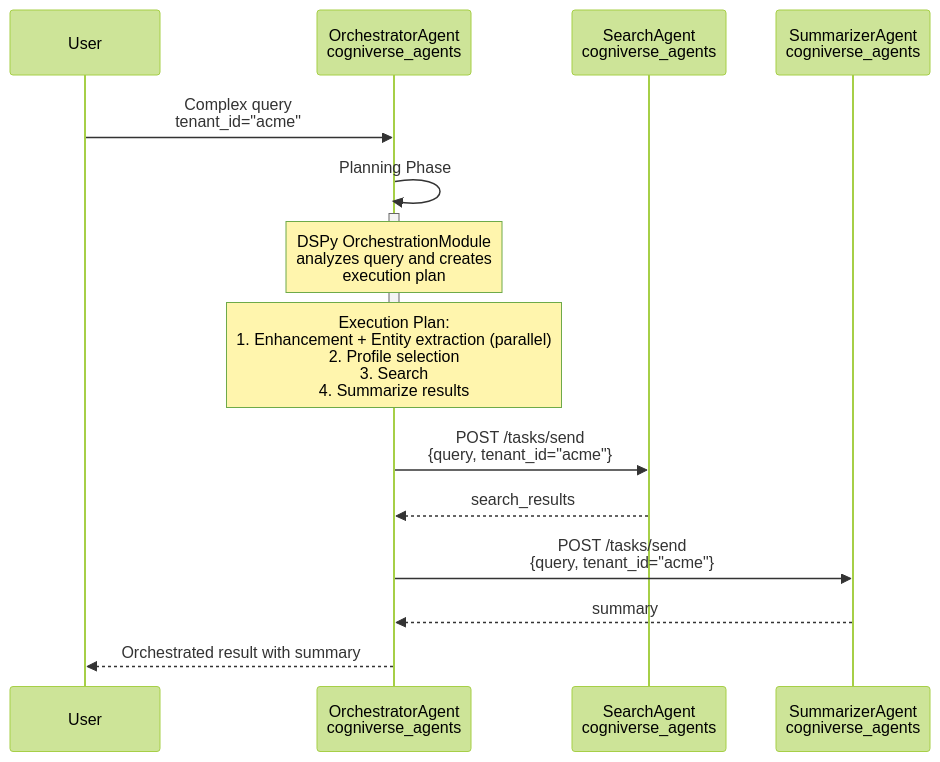
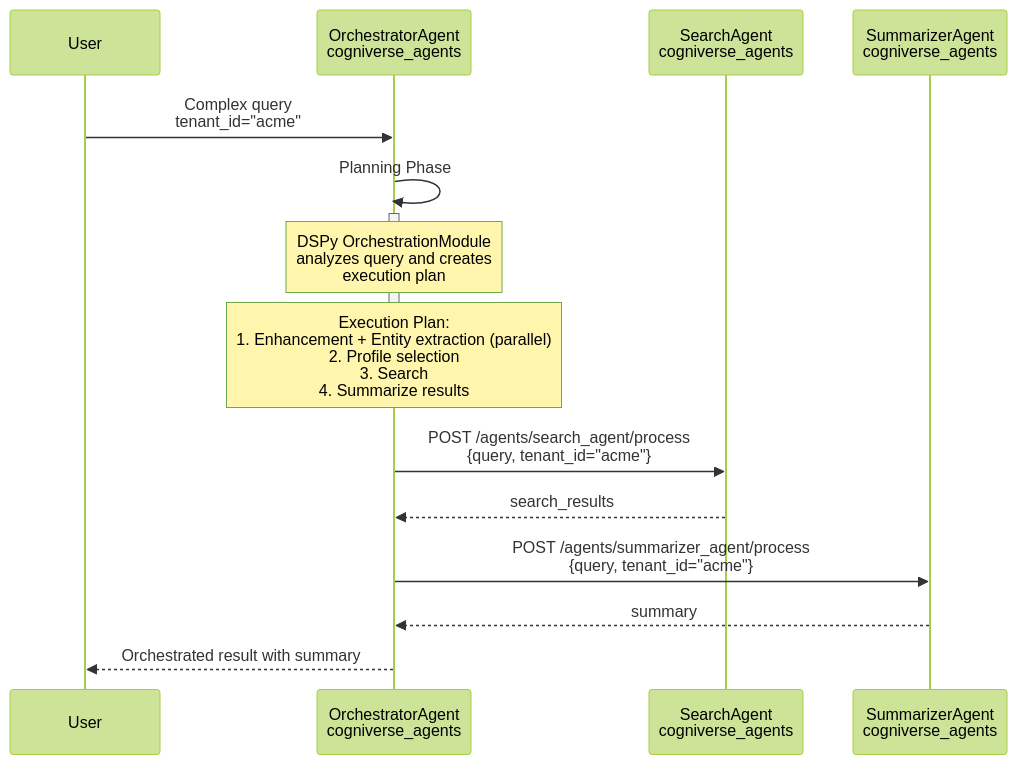
Before and after one commit to amit-jain/cogniverse: the seventh of 25 diagrams in docs/architecture/system-flows.md, drawn with Mermaid (forest theme). The commit also changed other lines of this file and 7 other files, not shown here.

First line of the commit message:
Document all 23 agents and convert diagrams to mermaid

````diff
--- a/docs/architecture/system-flows.md
+++ b/docs/architecture/system-flows.md
@@ -244,23 +384,23 @@
 ```mermaid
 sequenceDiagram
     participant User
     participant Orchestrator as OrchestratorAgent<br/>cogniverse_agents
     participant SearchAgent as SearchAgent<br/>cogniverse_agents
     participant Summarizer as SummarizerAgent<br/>cogniverse_agents
 
     User->>Orchestrator: Complex query<br/>tenant_id="acme"
 
     Orchestrator->>Orchestrator: Planning Phase
     activate Orchestrator
     Note over Orchestrator: DSPy OrchestrationModule<br/>analyzes query and creates<br/>execution plan
     Note over Orchestrator: Execution Plan:<br/>1. Enhancement + Entity extraction (parallel)<br/>2. Profile selection<br/>3. Search<br/>4. Summarize results
     deactivate Orchestrator
 
-    Orchestrator->>SearchAgent: POST /tasks/send<br/>{query, tenant_id="acme"}
+    Orchestrator->>SearchAgent: POST /agents/search_agent/process<br/>{query, tenant_id="acme"}
     SearchAgent-->>Orchestrator: search_results
 
-    Orchestrator->>Summarizer: POST /tasks/send<br/>{query, tenant_id="acme"}
+    Orchestrator->>Summarizer: POST /agents/summarizer_agent/process<br/>{query, tenant_id="acme"}
     Summarizer-->>Orchestrator: summary
 
     Orchestrator-->>User: Orchestrated result with summary
 ```
````
